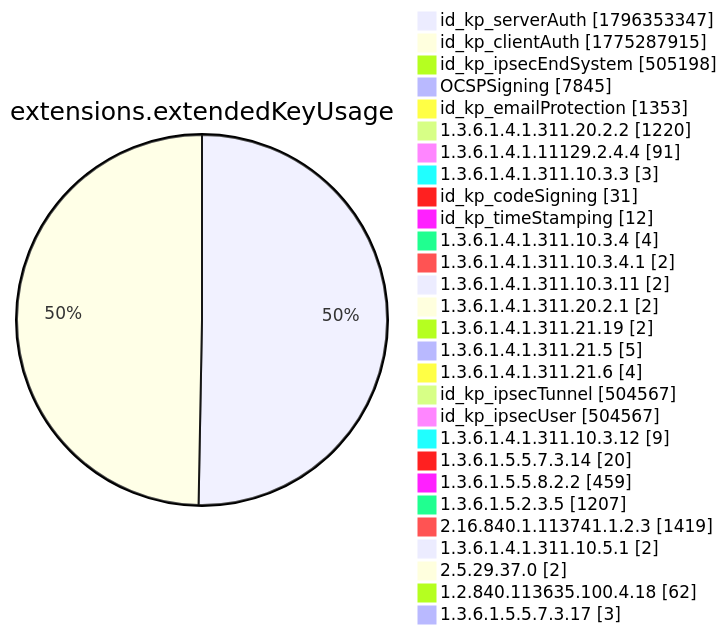
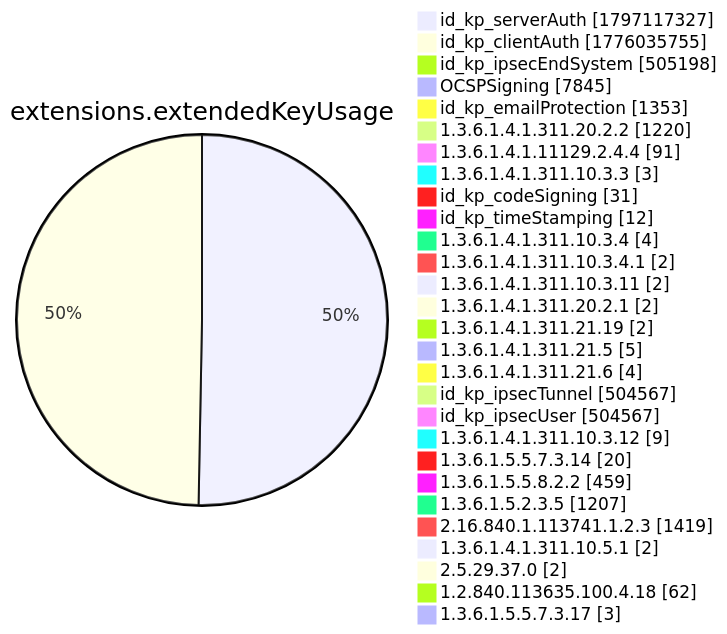
Diagram 12 of 15 in xenon2022/README.md (christiankrug/ctmonitor_visualization), drawn with Mermaid before and after one commit. The commit also changed other lines of this file, not shown here.

````diff
--- a/xenon2022/README.md
+++ b/xenon2022/README.md
@@ -3895,32 +3895,32 @@
 ```mermaid
 pie showData
 title extensions.extendedKeyUsage
-"id_kp_serverAuth" :1796353347
-"id_kp_clientAuth" :1775287915
+"id_kp_serverAuth" :1797117327
+"id_kp_clientAuth" :1776035755
 "id_kp_ipsecEndSystem" :505198
 "OCSPSigning" :7845
 "id_kp_emailProtection" :1353
 "1.3.6.1.4.1.311.20.2.2" :1220
 "1.3.6.1.4.1.11129.2.4.4" :91
 "1.3.6.1.4.1.311.10.3.3" :3
 "id_kp_codeSigning" :31
 "id_kp_timeStamping" :12
 "1.3.6.1.4.1.311.10.3.4" :4
 "1.3.6.1.4.1.311.10.3.4.1" :2
 "1.3.6.1.4.1.311.10.3.11" :2
 "1.3.6.1.4.1.311.20.2.1" :2
 "1.3.6.1.4.1.311.21.19" :2
 "1.3.6.1.4.1.311.21.5" :5
 "1.3.6.1.4.1.311.21.6" :4
 "id_kp_ipsecTunnel" :504567
 "id_kp_ipsecUser" :504567
 "1.3.6.1.4.1.311.10.3.12" :9
 "1.3.6.1.5.5.7.3.14" :20
 "1.3.6.1.5.5.8.2.2" :459
 "1.3.6.1.5.2.3.5" :1207
 "2.16.840.1.113741.1.2.3" :1419
 "1.3.6.1.4.1.311.10.5.1" :2
 "2.5.29.37.0" :2
 "1.2.840.113635.100.4.18" :62
 "1.3.6.1.5.5.7.3.17" :3
 ```
````
